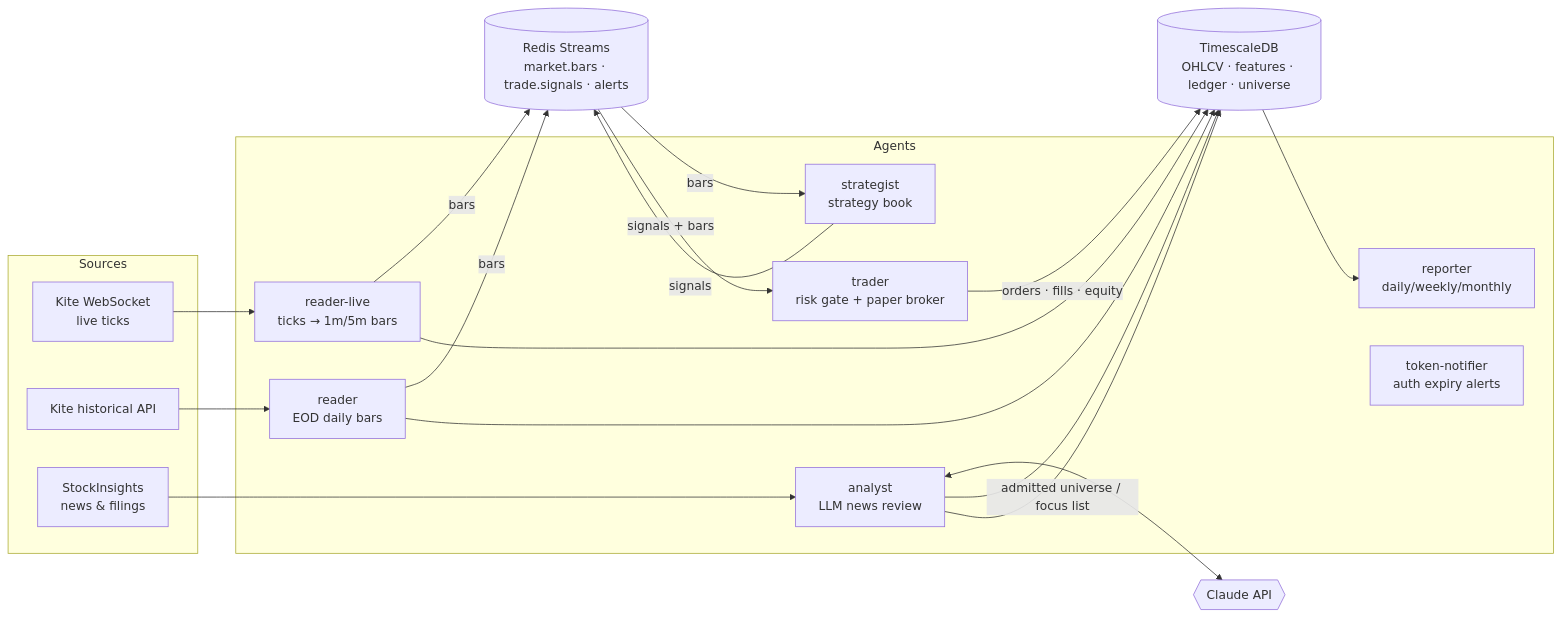
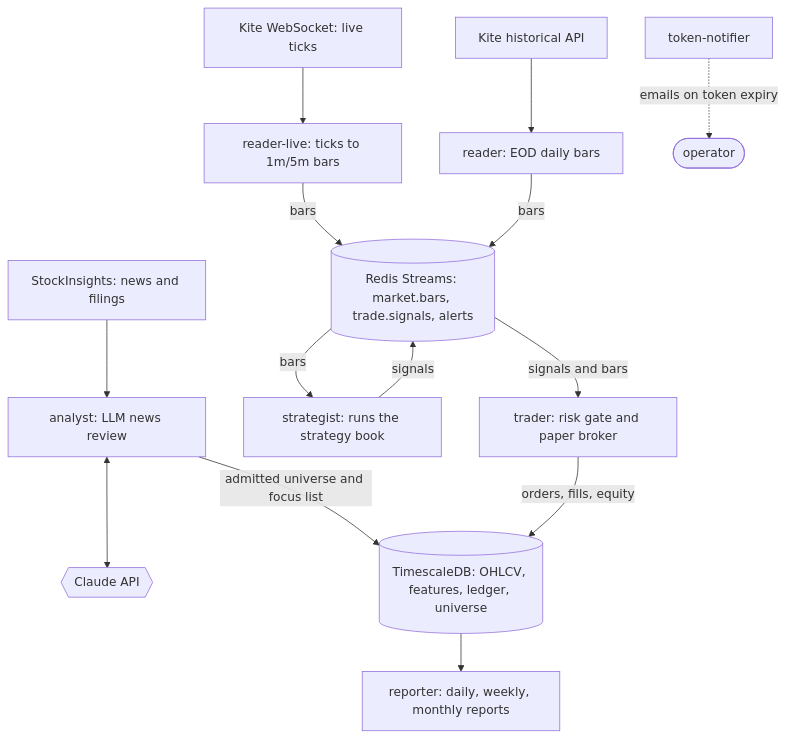
Before and after one commit to algo-maniac/trading_system: the diagram in README.md, drawn with Mermaid.

Commit message:
README: switch architecture diagram to a readable top-down layout

````diff
--- a/README.md
+++ b/README.md
@@ -19,36 +19,17 @@
 ```mermaid
-flowchart LR
-    subgraph Sources
-        WS[Kite WebSocket<br/>live ticks]
-        HIST[Kite historical API]
-        NEWS[StockInsights<br/>news & filings]
-    end
-
-    subgraph Agents
-        RL[reader-live<br/>ticks → 1m/5m bars]
-        RD[reader<br/>EOD daily bars]
-        AN[analyst<br/>LLM news review]
-        ST[strategist<br/>strategy book]
-        TR[trader<br/>risk gate + paper broker]
-        RP[reporter<br/>daily/weekly/monthly]
-        TN[token-notifier<br/>auth expiry alerts]
-    end
-
-    BUS[(Redis Streams<br/>market.bars · trade.signals · alerts)]
-    DB[(TimescaleDB<br/>OHLCV · features · ledger · universe)]
-    LLM{{Claude API}}
-
-    WS --> RL
-    HIST --> RD
-    NEWS --> AN
-    AN <--> LLM
+flowchart TD
+    WS[Kite WebSocket: live ticks] --> RL[reader-live: ticks to 1m/5m bars]
+    HIST[Kite historical API] --> RD[reader: EOD daily bars]
+    NEWS[StockInsights: news and filings] --> AN[analyst: LLM news review]
+    AN <--> LLM{{Claude API}}
+    AN -- admitted universe and focus list --> DB
     RL -- bars --> BUS
     RD -- bars --> BUS
-    AN -- admitted universe / focus list --> DB
-    BUS -- bars --> ST
+    BUS[(Redis Streams: market.bars, trade.signals, alerts)]
+    BUS -- bars --> ST[strategist: runs the strategy book]
     ST -- signals --> BUS
-    BUS -- signals + bars --> TR
-    TR -- orders · fills · equity --> DB
-    DB --> RP
-    RL & RD & AN --> DB
+    BUS -- signals and bars --> TR[trader: risk gate and paper broker]
+    TR -- orders, fills, equity --> DB[(TimescaleDB: OHLCV, features, ledger, universe)]
+    DB --> RP[reporter: daily, weekly, monthly reports]
+    TN[token-notifier] -. emails on token expiry .-> OPS([operator])
 ```
````
